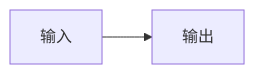
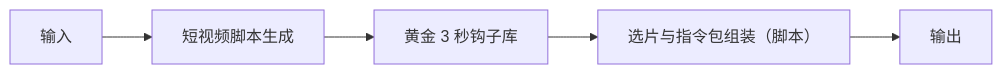
The diagram in workflows/mashcut-instruction-pack-flow/SKILL.md (bangwozuo/shop-video-zh), drawn with Mermaid before and after one commit. The commit also changed other lines of this file and 63 other files, not shown here.

````diff
--- a/workflows/mashcut-instruction-pack-flow/SKILL.md
+++ b/workflows/mashcut-instruction-pack-flow/SKILL.md
@@ -26,6 +27,12 @@
 ```mermaid
 flowchart LR
     IN["输入"]
+    S1["短视频脚本生成"]
+    S2["黄金 3 秒钩子库"]
+    S3["选片与指令包组装（脚本）"]
     OUT["输出"]
-    IN --> OUT
+    IN --> S1
+    S1 --> S2
+    S2 --> S3
+    S3 --> OUT
 ```
````
